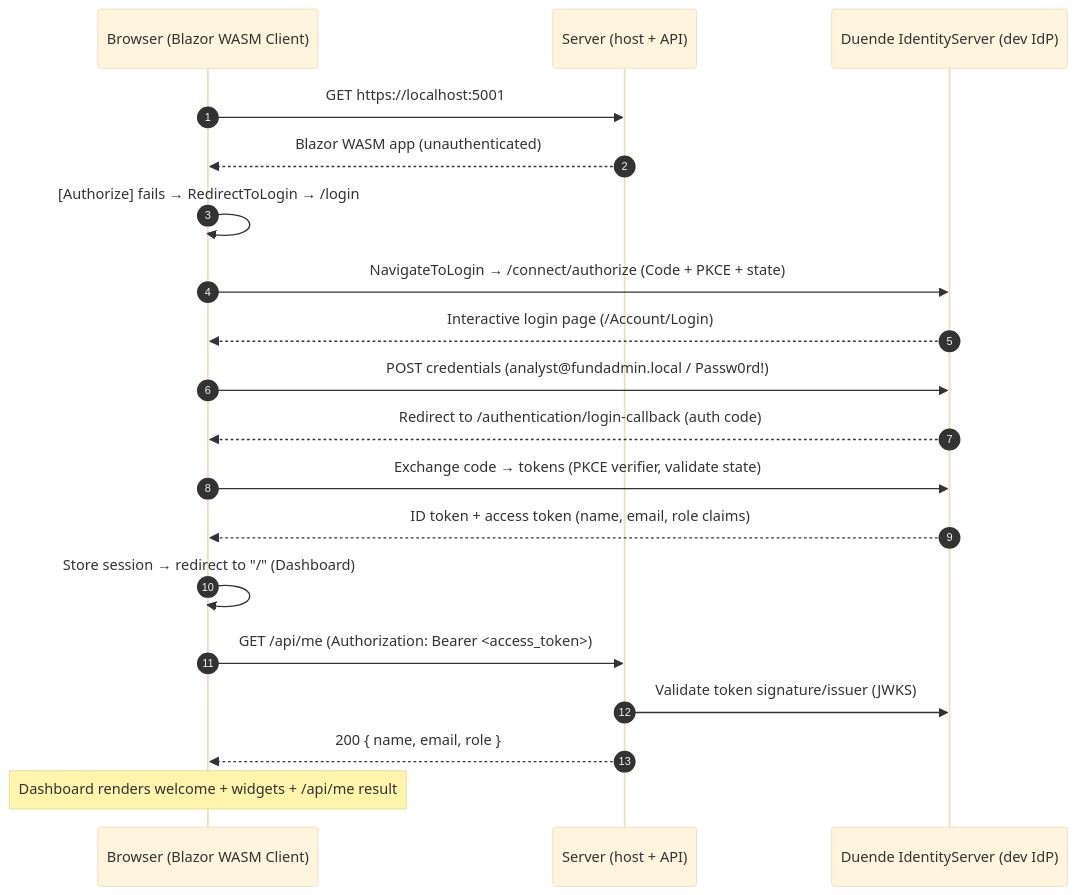
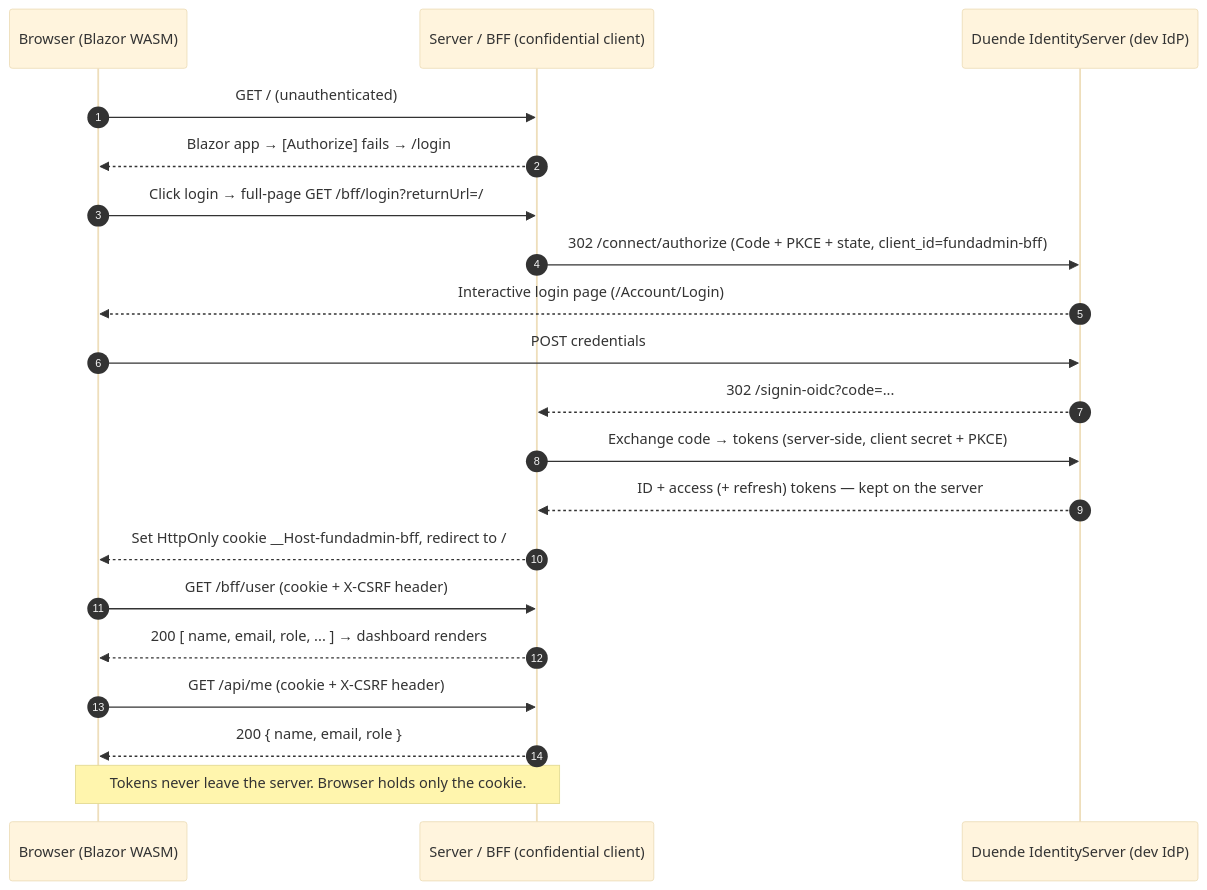
One commit to devaldicaliesta/SSO-Project changed the diagram in README.md. Above: the diagram before and after it, drawn with Mermaid (base theme). The commit also changed other lines of this file and 20 other files, not shown here.

````diff
--- a/README.md
+++ b/README.md
@@ -61,22 +71,23 @@
 ```mermaid
 sequenceDiagram
     autonumber
-    participant B as Browser (Blazor WASM Client)
-    participant S as Server (host + API)
+    participant B as Browser (Blazor WASM)
+    participant BFF as Server / BFF (confidential client)
     participant IdP as Duende IdentityServer (dev IdP)
 
-    B->>S: GET https://localhost:5001
-    S-->>B: Blazor WASM app (unauthenticated)
-    B->>B: [Authorize] fails → RedirectToLogin → /login
-    B->>IdP: NavigateToLogin → /connect/authorize (Code + PKCE + state)
+    B->>BFF: GET / (unauthenticated)
+    BFF-->>B: Blazor app → [Authorize] fails → /login
+    B->>BFF: Click login → full-page GET /bff/login?returnUrl=/
+    BFF->>IdP: 302 /connect/authorize (Code + PKCE + state, client_id=fundadmin-bff)
     IdP-->>B: Interactive login page (/Account/Login)
-    B->>IdP: POST credentials (analyst@fundadmin.local / Passw0rd!)
-    IdP-->>B: Redirect to /authentication/login-callback (auth code)
-    B->>IdP: Exchange code → tokens (PKCE verifier, validate state)
-    IdP-->>B: ID token + access token (name, email, role claims)
-    B->>B: Store session → redirect to "/" (Dashboard)
-    B->>S: GET /api/me (Authorization: Bearer <access_token>)
-    S->>IdP: Validate token signature/issuer (JWKS)
-    S-->>B: 200 { name, email, role }
-    Note over B: Dashboard renders welcome + widgets + /api/me result
+    B->>IdP: POST credentials
+    IdP-->>BFF: 302 /signin-oidc?code=...
+    BFF->>IdP: Exchange code → tokens (server-side, client secret + PKCE)
+    IdP-->>BFF: ID + access (+ refresh) tokens — kept on the server
+    BFF-->>B: Set HttpOnly cookie __Host-fundadmin-bff, redirect to /
+    B->>BFF: GET /bff/user (cookie + X-CSRF header)
+    BFF-->>B: 200 [ name, email, role, ... ] → dashboard renders
+    B->>BFF: GET /api/me (cookie + X-CSRF header)
+    BFF-->>B: 200 { name, email, role }
+    Note over B,BFF: Tokens never leave the server. Browser holds only the cookie.
 ```
````
